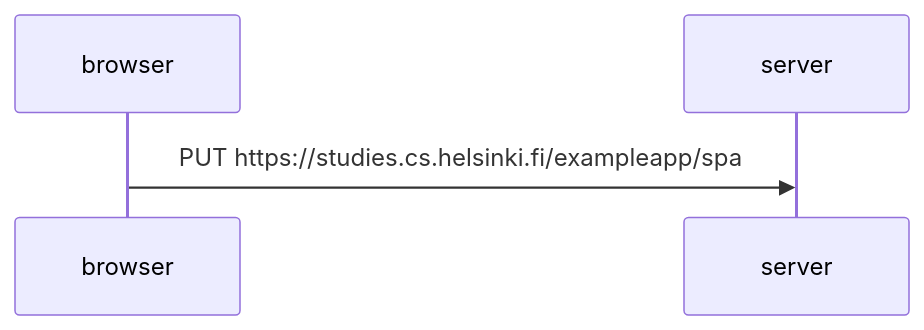
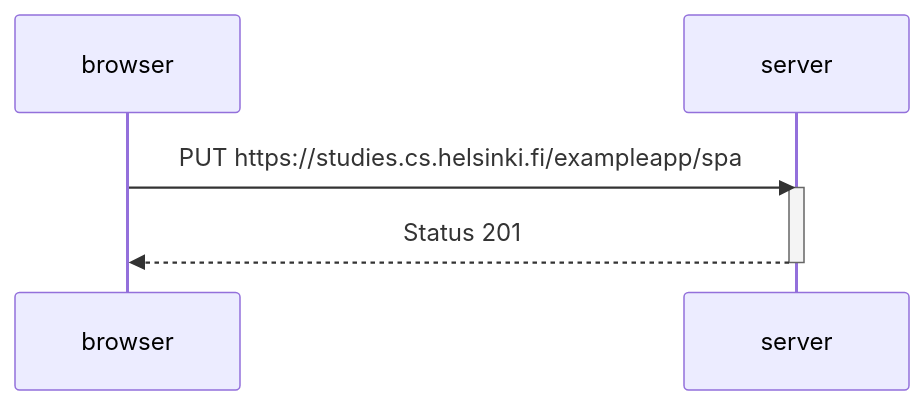
The diagram in part0/Exercise-0.6.md (ParasK02/FullstackOpen), drawn with Mermaid before and after one commit.

````diff
--- a/part0/Exercise-0.6.md
+++ b/part0/Exercise-0.6.md
@@ -2,7 +2,11 @@
 ```mermaid
 sequenceDiagram
     participant browser
     participant server
 
     browser->>server: PUT https://studies.cs.helsinki.fi/exampleapp/spa
+activate server
+    server-->>browser: Status 201
+    deactivate server
+
 ```
````
